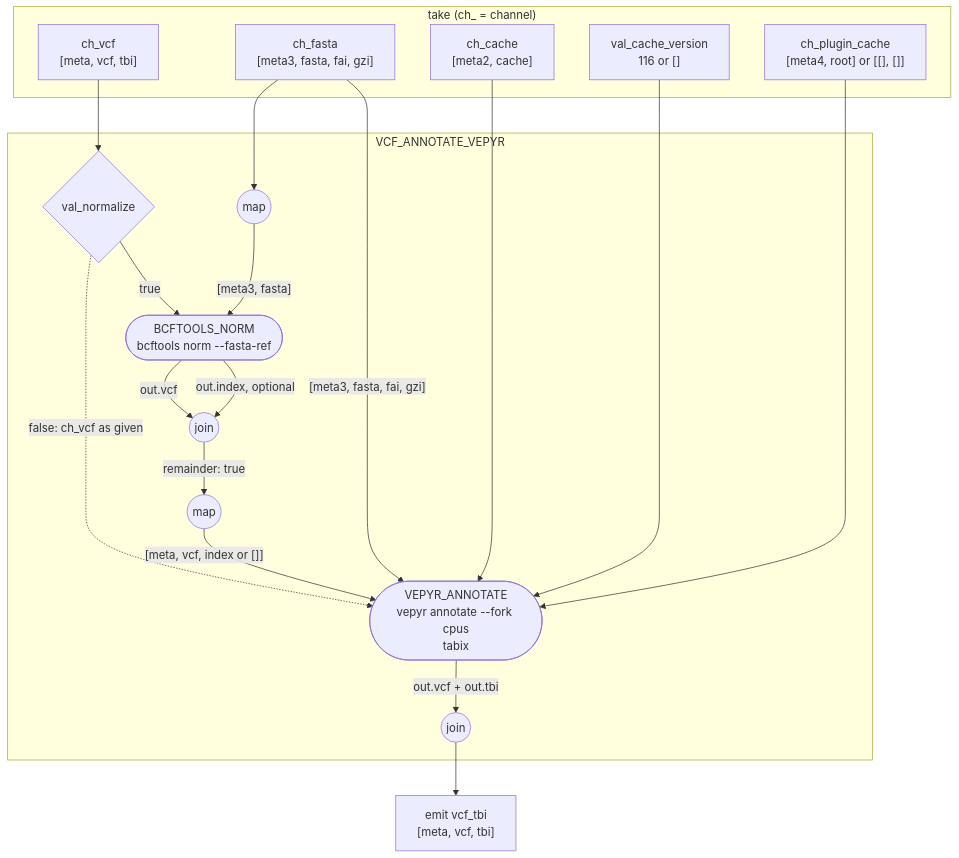
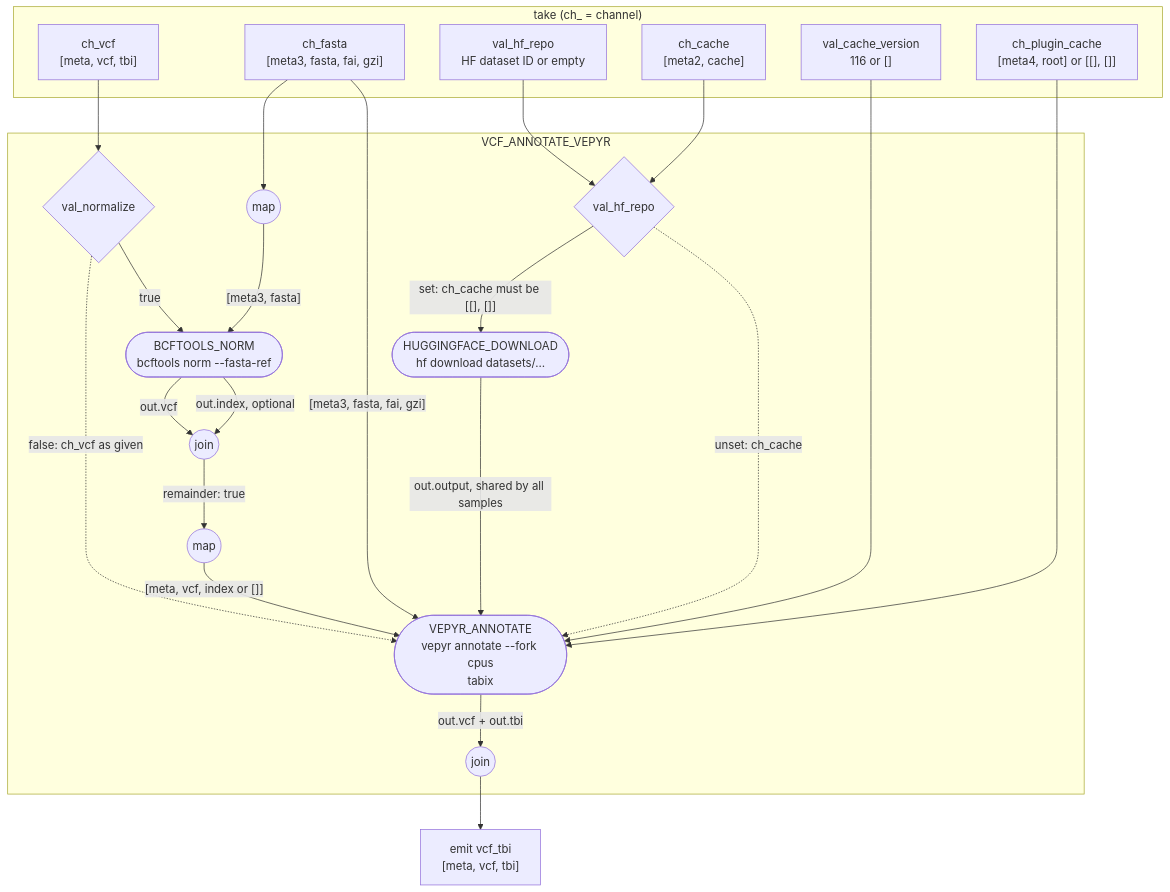
One commit to biodatageeks/vepyr changed the diagram in docs/diagrams/nextflow-subworkflow.mmd. Above: the diagram before and after it, drawn with Mermaid. The commit also changed 13 other files, not shown here.

```diff
--- a/docs/diagrams/nextflow-subworkflow.mmd
+++ b/docs/diagrams/nextflow-subworkflow.mmd
@@ -1,36 +1,43 @@
 flowchart TB
     subgraph take ["take (ch_ = channel)"]
         vcf["ch_vcf<br/>[meta, vcf, tbi]"]
         fasta["ch_fasta<br/>[meta3, fasta, fai, gzi]"]
         cache["ch_cache<br/>[meta2, cache]"]
         ver["val_cache_version<br/>116 or []"]
         plug["ch_plugin_cache<br/>[meta4, root] or [[], []]"]
+        hf["val_hf_repo<br/>HF dataset ID or empty"]
     end
 
     subgraph VCF_ANNOTATE_VEPYR
         norm{"val_normalize"}
+        hfsel{"val_hf_repo"}
+        hfdl(["HUGGINGFACE_DOWNLOAD<br/>hf download datasets/…"])
         dropfai(("map"))
         bcf(["BCFTOOLS_NORM<br/>bcftools norm --fasta-ref"])
         join1(("join"))
         index(("map"))
         vepyr(["VEPYR_ANNOTATE<br/>vepyr annotate --fork cpus<br/>tabix"])
         join2(("join"))
     end
 
     out["emit vcf_tbi<br/>[meta, vcf, tbi]"]
 
     vcf --> norm
     norm -- "true" --> bcf
     norm -. "false: ch_vcf as given" .-> vepyr
     fasta --> dropfai
     dropfai -- "[meta3, fasta]" --> bcf
     bcf -- "out.vcf" --> join1
     bcf -- "out.index, optional" --> join1
     join1 -- "remainder: true" --> index
     index -- "[meta, vcf, index or []]" --> vepyr
     fasta -- "[meta3, fasta, fai, gzi]" --> vepyr
-    cache --> vepyr
+    hf --> hfsel
+    cache --> hfsel
+    hfsel -- "set: ch_cache must be [[], []]" --> hfdl
+    hfdl -- "out.output, shared by all samples" --> vepyr
+    hfsel -. "unset: ch_cache" .-> vepyr
     ver --> vepyr
     plug --> vepyr
     vepyr -- "out.vcf + out.tbi" --> join2
     join2 --> out
```
